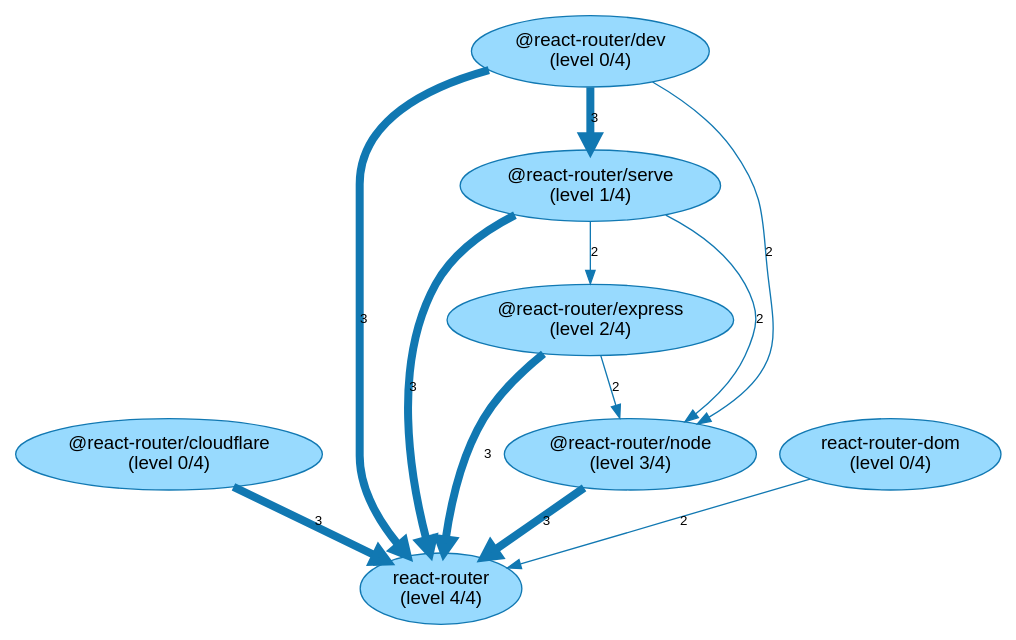
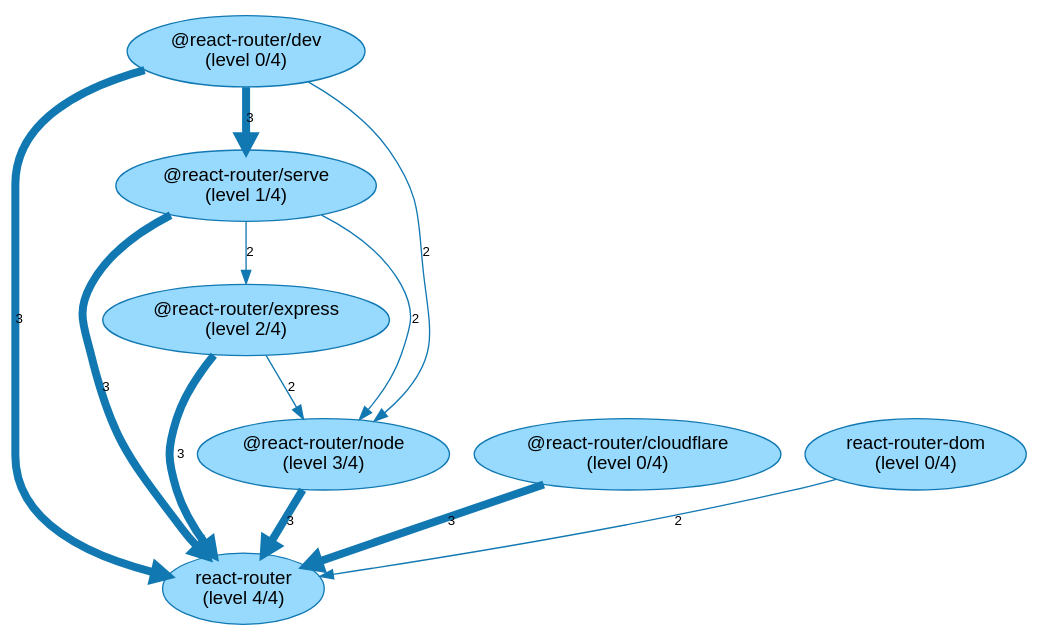
Before and after one commit to JohT/code-graph-analysis-examples: the diagram in analysis-results/react-router/react-router-7.18.4/internal-dependencies/NPM_NonDevPackage/Graph_Visualizations/NpmPackageBuildLevels.gv, drawn with Graphviz. The commit also changed other lines of this file and 323 other files, not shown here.

```diff
--- a/analysis-results/react-router/react-router-7.18.4/internal-dependencies/NPM_NonDevPackage/Graph_Visualizations/NpmPackageBuildLevels.gv
+++ b/analysis-results/react-router/react-router-7.18.4/internal-dependencies/NPM_NonDevPackage/Graph_Visualizations/NpmPackageBuildLevels.gv
@@ -1,21 +1,21 @@
 // This GraphViz dot file was generated by the script convertQueryResultCsvToGraphVizDotFile.sh with default.template
 
 strict digraph NpmPackageBuildLevels {
     fontname = "Helvetica,Arial,sans-serif";
     node [fontname = "Helvetica,Arial,sans-serif";];
     edge [fontname = "Helvetica,Arial,sans-serif"; fontsize = 10;];
     node [style = filled; fillcolor = "0.560 0.400 0.999";];
     node [color = "0.560 0.900 0.700";];
     edge [color = "0.560 0.900 0.700";];
-	"@react-router/cloudflare\n(level 0/4)" -> "react-router\n(level 4/4)" [label = 3; penwidth = 6.0; ];
-	"@react-router/dev\n(level 0/4)" -> "react-router\n(level 4/4)" [label = 3; penwidth = 6.0; ];
 	"@react-router/express\n(level 2/4)" -> "react-router\n(level 4/4)" [label = 3; penwidth = 6.0; ];
 	"@react-router/serve\n(level 1/4)" -> "react-router\n(level 4/4)" [label = 3; penwidth = 6.0; ];
+	"@react-router/dev\n(level 0/4)" -> "react-router\n(level 4/4)" [label = 3; penwidth = 6.0; ];
 	"@react-router/node\n(level 3/4)" -> "react-router\n(level 4/4)" [label = 3; penwidth = 6.0; ];
+	"@react-router/cloudflare\n(level 0/4)" -> "react-router\n(level 4/4)" [label = 3; penwidth = 6.0; ];
 	"@react-router/dev\n(level 0/4)" -> "@react-router/serve\n(level 1/4)" [label = 3; penwidth = 6.0; ];
 	"react-router-dom\n(level 0/4)" -> "react-router\n(level 4/4)" [label = 2; penwidth = 1.0; ];
+	"@react-router/express\n(level 2/4)" -> "@react-router/node\n(level 3/4)" [label = 2; penwidth = 1.0; ];
+	"@react-router/dev\n(level 0/4)" -> "@react-router/node\n(level 3/4)" [label = 2; penwidth = 1.0; ];
 	"@react-router/serve\n(level 1/4)" -> "@react-router/node\n(level 3/4)" [label = 2; penwidth = 1.0; ];
-	"@react-router/dev\n(level 0/4)" -> "@react-router/node\n(level 3/4)" [label = 2; penwidth = 1.0; ];
-	"@react-router/express\n(level 2/4)" -> "@react-router/node\n(level 3/4)" [label = 2; penwidth = 1.0; ];
 	"@react-router/serve\n(level 1/4)" -> "@react-router/express\n(level 2/4)" [label = 2; penwidth = 1.0; ];
 }
```
